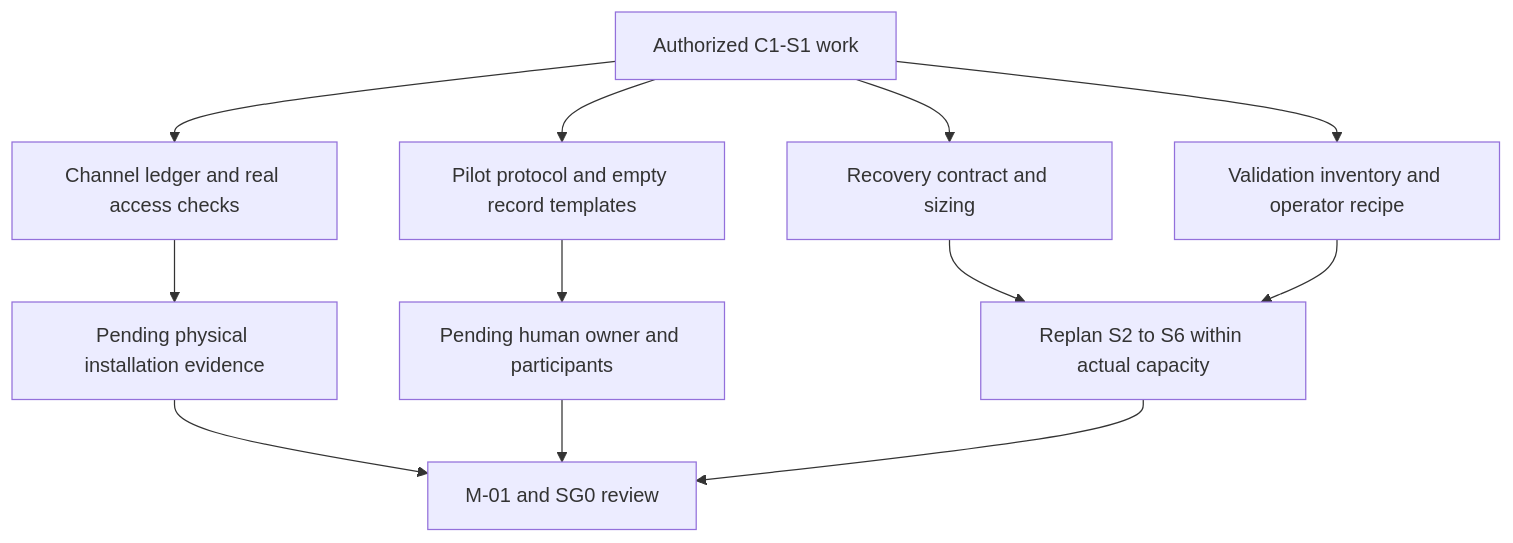
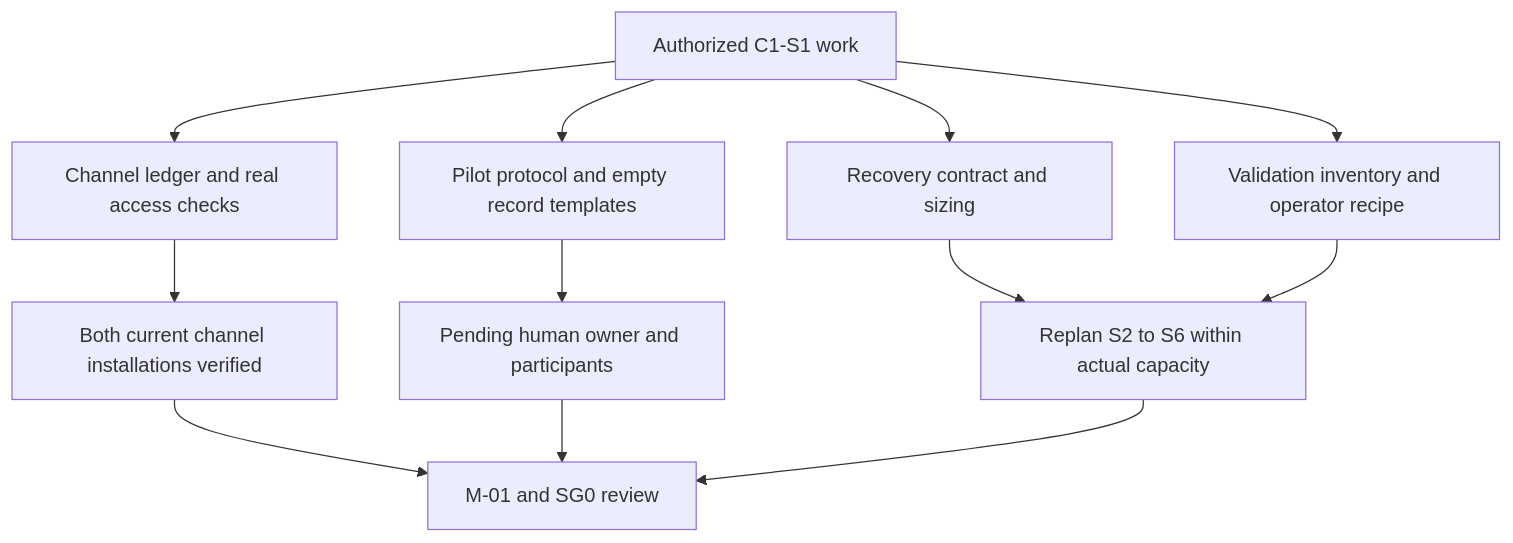
Before and after one commit to PyBLE-dev/PyBLE: the diagram in docs/developments/2026-q4-reliable-workflow/c1-s1/00_Execution_Record.md, drawn with Mermaid. The commit also changed other lines of this file and 9 other files, not shown here.

````diff
--- a/docs/developments/2026-q4-reliable-workflow/c1-s1/00_Execution_Record.md
+++ b/docs/developments/2026-q4-reliable-workflow/c1-s1/00_Execution_Record.md
@@ -85,14 +104,14 @@
 ```mermaid
 flowchart TD
     Request[Authorized C1-S1 work] --> Ledger[Channel ledger and real access checks]
     Request --> Pilot[Pilot protocol and empty record templates]
     Request --> Design[Recovery contract and sizing]
     Request --> Recipe[Validation inventory and operator recipe]
-    Ledger --> Access[Pending physical installation evidence]
+    Ledger --> Access[Both current channel installations verified]
     Pilot --> People[Pending human owner and participants]
     Design --> Replan[Replan S2 to S6 within actual capacity]
     Recipe --> Replan
     Access --> Baseline[M-01 and SG0 review]
     People --> Baseline
     Replan --> Baseline
 ```
````
